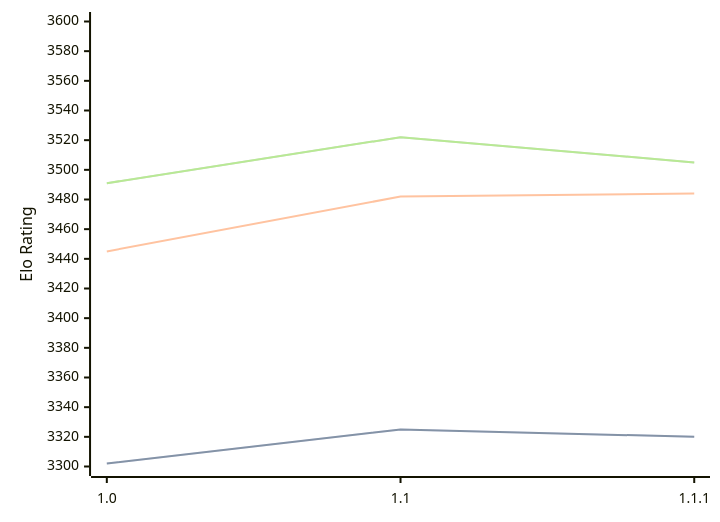
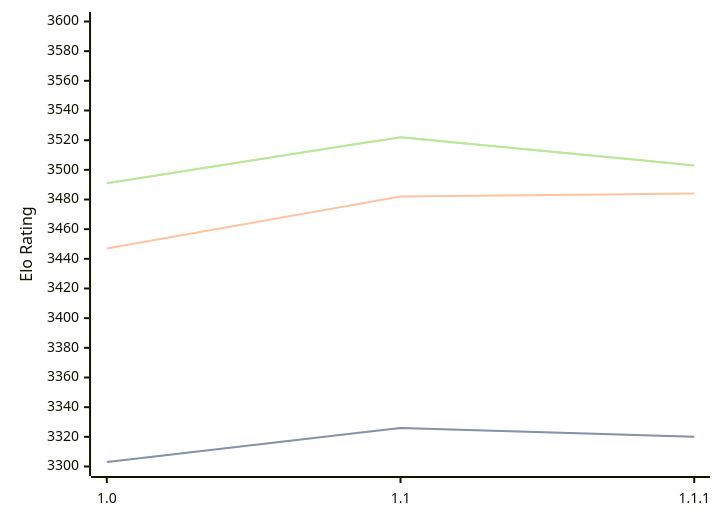
The diagram in engines/Icarus.md (computer-chess-index/cci), drawn with Mermaid before and after one commit. The commit also changed other lines of this file, not shown here.

Commit message:
Update CCI Ratings (ELO VLTC) - 2026-07-25

````diff
--- a/engines/Icarus.md
+++ b/engines/Icarus.md
@@ -33,11 +33,11 @@
 ```mermaid
 %%{init: {"theme":"base","themeVariables":{"seriesColors:['#a3a3a3','#222221','#faa371']}}}%%
 xychart-beta
   x-axis ["1.0", "1.1", "1.1.1"]
   y-axis "Elo Rating" 3300 --> 3600
-  line "STC (8.0+0.08s)" [3302, 3325, 3320]
-  line "STC (8.0+0.08s)" [3302, 3325, 3320]
-  line "LTC (60.0+0.60s)" [3445, 3482, 3484]
-  line "VLTC (2m24s+1.12s)" [3491, 3522, 3505]
-  line "VLTC (2m24s+1.12s)" [3491, 3522, 3505]
+  line "STC (8.0+0.08s)" [3303, 3326, 3320]
+  line "STC (8.0+0.08s)" [3303, 3326, 3320]
+  line "LTC (60.0+0.60s)" [3447, 3482, 3484]
+  line "VLTC (2m24s+1.12s)" [3491, 3522, 3503]
+  line "VLTC (2m24s+1.12s)" [3491, 3522, 3503]
 ```
````
